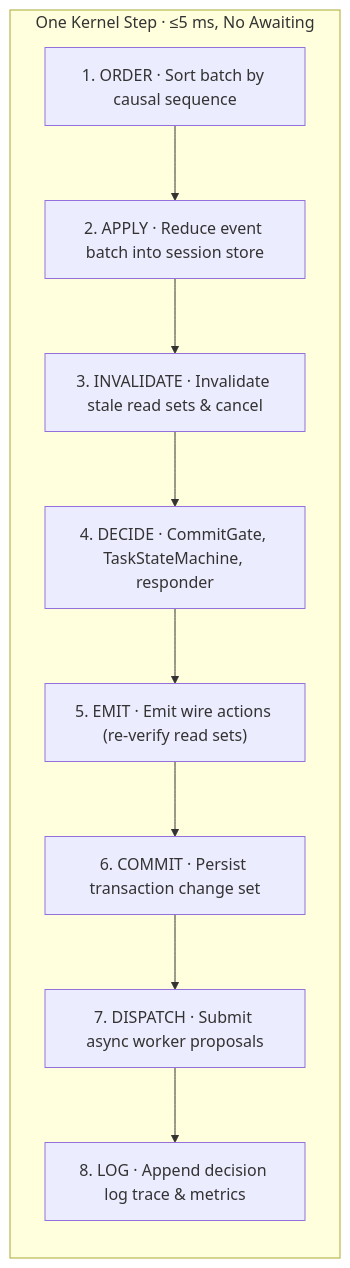
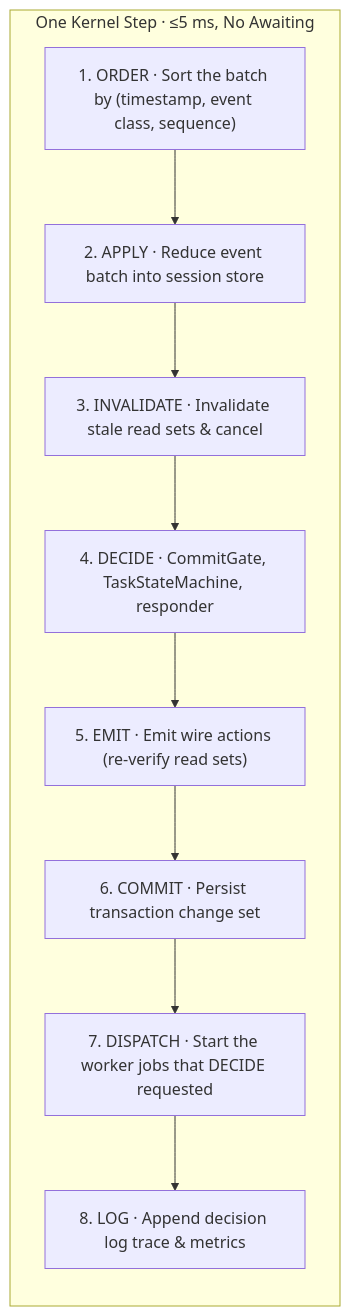
Before and after one commit to AdithyaSanthosh-P/Janus: the sixth of 7 diagrams in README.md, drawn with Mermaid. The commit also changed other lines of this file, not shown here.

````diff
--- a/README.md
+++ b/README.md
@@ -229,15 +347,15 @@
 ```mermaid
 flowchart TB
     subgraph STEP["One Kernel Step · ≤5 ms, No Awaiting"]
         direction TB
-        P1["1. ORDER · Sort batch by causal sequence"]
+        P1["1. ORDER · Sort the batch by (timestamp, event class, sequence)"]
         P2["2. APPLY · Reduce event batch into session store"]
         P3["3. INVALIDATE · Invalidate stale read sets & cancel"]
         P4["4. DECIDE · CommitGate, TaskStateMachine, responder"]
         P5["5. EMIT · Emit wire actions (re-verify read sets)"]
         P6["6. COMMIT · Persist transaction change set"]
-        P7["7. DISPATCH · Submit async worker proposals"]
+        P7["7. DISPATCH · Start the worker jobs that DECIDE requested"]
         P8["8. LOG · Append decision log trace & metrics"]
         P1 --> P2 --> P3 --> P4 --> P5 --> P6 --> P7 --> P8
     end
 ```
````
